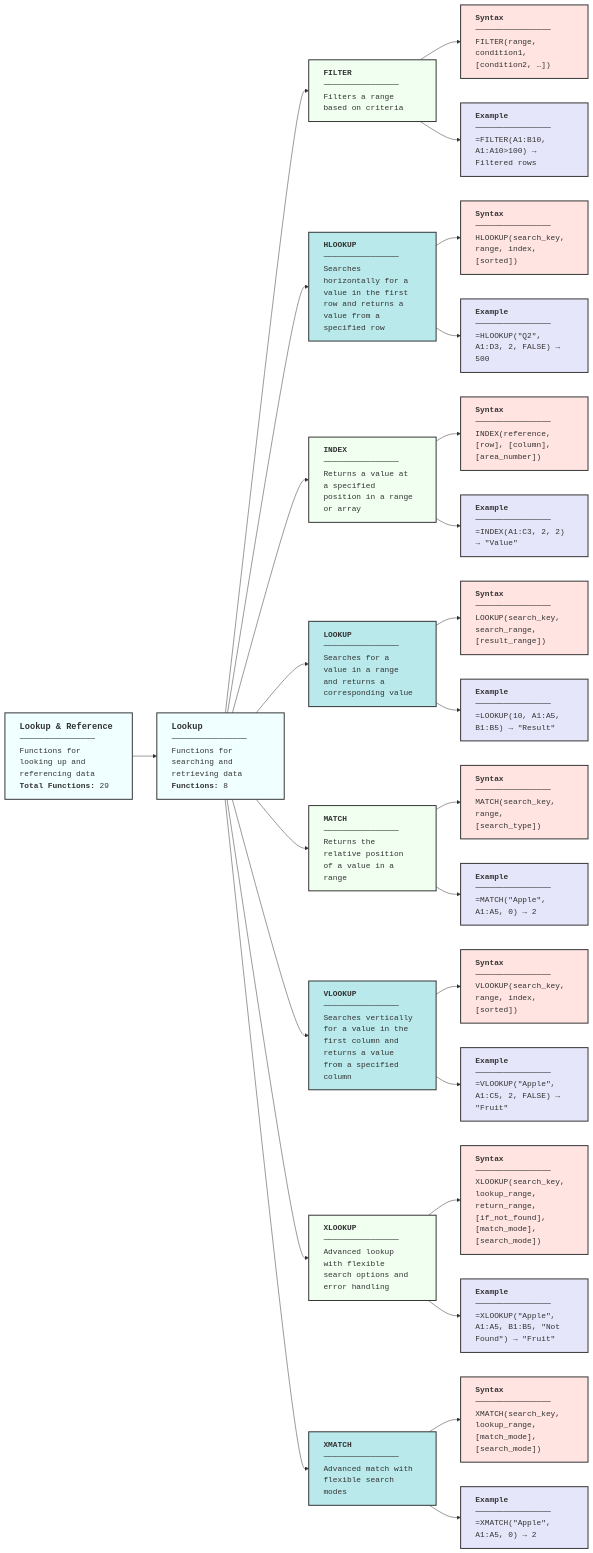
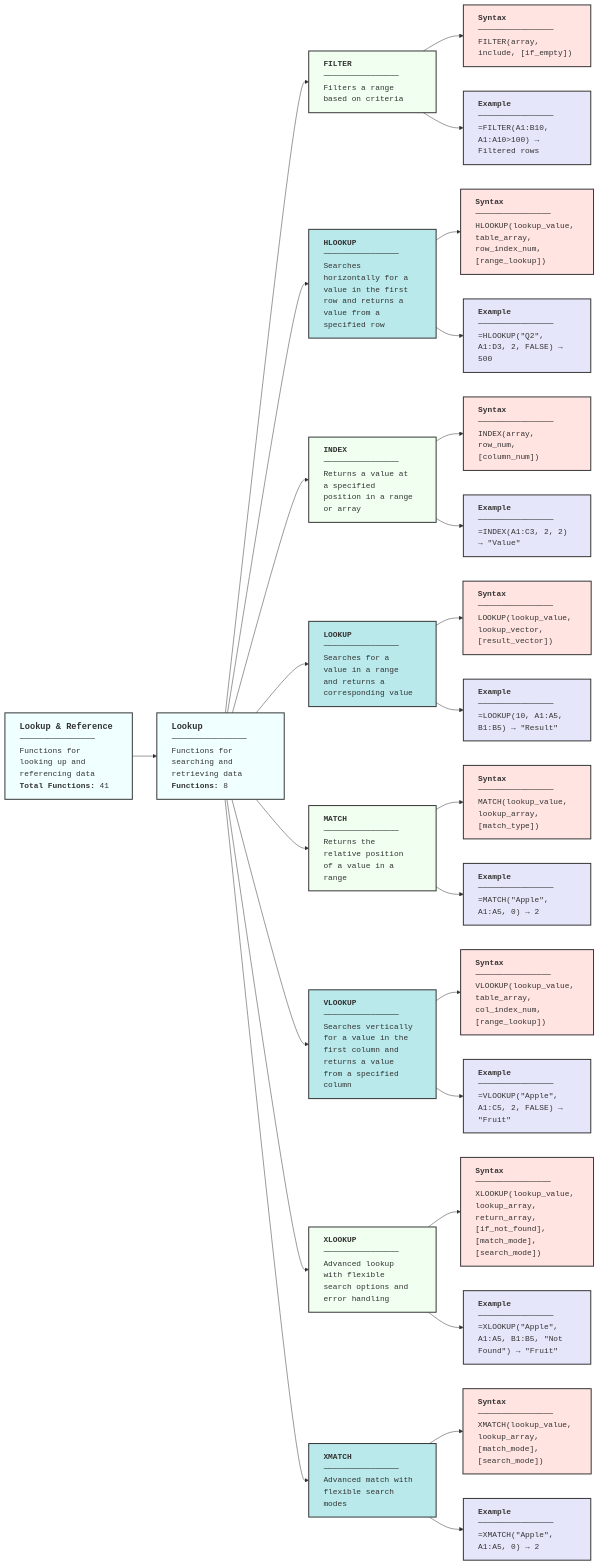
Before and after one commit to klappe-pm/Spreadsheet-Functions: the diagram in Diagrams/Functions-Lookups.md, drawn with Mermaid. The commit also changed other lines of this file and 29 other files, not shown here.

First line of the commit message:
Review Text, Lookup and Google-specific diagrams and rebuild the diagram index

````diff
--- a/Diagrams/Functions-Lookups.md
+++ b/Diagrams/Functions-Lookups.md
@@ -20,79 +36,79 @@
 ```mermaid
 
 graph LR
-    LookupRef["<div align='left' style='font-family: MonoLisa, monospace;'><b style='font-size: 1.1em;'>Lookup & Reference</b><br/>────────────────<br/>Functions for looking up and referencing data<br/><b>Total Functions:</b> 29</div>"]
+    LookupRef["<div align='left' style='font-family: MonoLisa, monospace;'><b style='font-size: 1.1em;'>Lookup & Reference</b><br/>────────────────<br/>Functions for looking up and referencing data<br/><b>Total Functions:</b> 41</div>"]
     
     LookupRef --> Lookup["<div align='left' style='font-family: MonoLisa, monospace;'><b style='font-size: 1.1em;'>Lookup</b><br/>────────────────<br/>Functions for searching and retrieving data<br/><b>Functions:</b> 8</div>"]
     
     %% Lookup functions (8 total)
     %% FILTER - Function 1
     Lookup --> FILTER["<div align='left' style='font-family: MonoLisa, monospace;'><b>FILTER</b><br/>────────────────<br/>Filters a range based on criteria</div>"]
-    FILTER --> FILTERSYNTAX["<div align='left' style='font-family: MonoLisa, monospace;'><b>Syntax</b><br/>────────────────<br/>FILTER(range, condition1, [condition2, …])</div>"]
+    FILTER --> FILTERSYNTAX["<div align='left' style='font-family: MonoLisa, monospace;'><b>Syntax</b><br/>────────────────<br/>FILTER(array, include, [if_empty])</div>"]
     FILTER --> FILTEREXAMPLE["<div align='left' style='font-family: MonoLisa, monospace;'><b>Example</b><br/>────────────────<br/>=FILTER(A1:B10, A1:A10&gt;100) → Filtered rows</div>"]
     
     %% HLOOKUP - Function 2
     Lookup --> HLOOKUP["<div align='left' style='font-family: MonoLisa, monospace;'><b>HLOOKUP</b><br/>────────────────<br/>Searches horizontally for a value in the first row and returns a value from a specified row</div>"]
-    HLOOKUP --> HLOOKUPSYNTAX["<div align='left' style='font-family: MonoLisa, monospace;'><b>Syntax</b><br/>────────────────<br/>HLOOKUP(search_key, range, index, [sorted])</div>"]
+    HLOOKUP --> HLOOKUPSYNTAX["<div align='left' style='font-family: MonoLisa, monospace;'><b>Syntax</b><br/>────────────────<br/>HLOOKUP(lookup_value, table_array, row_index_num, [range_lookup])</div>"]
     HLOOKUP --> HLOOKUPEXAMPLE["<div align='left' style='font-family: MonoLisa, monospace;'><b>Example</b><br/>────────────────<br/>=HLOOKUP(&quot;Q2&quot;, A1:D3, 2, FALSE) → 500</div>"]
     
     %% INDEX - Function 3
     Lookup --> INDEX["<div align='left' style='font-family: MonoLisa, monospace;'><b>INDEX</b><br/>────────────────<br/>Returns a value at a specified position in a range or array</div>"]
-    INDEX --> INDEXSYNTAX["<div align='left' style='font-family: MonoLisa, monospace;'><b>Syntax</b><br/>────────────────<br/>INDEX(reference, [row], [column], [area_number])</div>"]
+    INDEX --> INDEXSYNTAX["<div align='left' style='font-family: MonoLisa, monospace;'><b>Syntax</b><br/>────────────────<br/>INDEX(array, row_num, [column_num])</div>"]
     INDEX --> INDEXEXAMPLE["<div align='left' style='font-family: MonoLisa, monospace;'><b>Example</b><br/>────────────────<br/>=INDEX(A1:C3, 2, 2) → &quot;Value&quot;</div>"]
     
     %% LOOKUP - Function 4
     Lookup --> LOOKUP["<div align='left' style='font-family: MonoLisa, monospace;'><b>LOOKUP</b><br/>────────────────<br/>Searches for a value in a range and returns a corresponding value</div>"]
-    LOOKUP --> LOOKUPSYNTAX["<div align='left' style='font-family: MonoLisa, monospace;'><b>Syntax</b><br/>────────────────<br/>LOOKUP(search_key, search_range, [result_range])</div>"]
+    LOOKUP --> LOOKUPSYNTAX["<div align='left' style='font-family: MonoLisa, monospace;'><b>Syntax</b><br/>────────────────<br/>LOOKUP(lookup_value, lookup_vector, [result_vector])</div>"]
     LOOKUP --> LOOKUPEXAMPLE["<div align='left' style='font-family: MonoLisa, monospace;'><b>Example</b><br/>────────────────<br/>=LOOKUP(10, A1:A5, B1:B5) → &quot;Result&quot;</div>"]
     
     %% MATCH - Function 5
     Lookup --> MATCH["<div align='left' style='font-family: MonoLisa, monospace;'><b>MATCH</b><br/>────────────────<br/>Returns the relative position of a value in a range</div>"]
-    MATCH --> MATCHSYNTAX["<div align='left' style='font-family: MonoLisa, monospace;'><b>Syntax</b><br/>────────────────<br/>MATCH(search_key, range, [search_type])</div>"]
+    MATCH --> MATCHSYNTAX["<div align='left' style='font-family: MonoLisa, monospace;'><b>Syntax</b><br/>────────────────<br/>MATCH(lookup_value, lookup_array, [match_type])</div>"]
     MATCH --> MATCHEXAMPLE["<div align='left' style='font-family: MonoLisa, monospace;'><b>Example</b><br/>────────────────<br/>=MATCH(&quot;Apple&quot;, A1:A5, 0) → 2</div>"]
     
     %% VLOOKUP - Function 6
     Lookup --> VLOOKUP["<div align='left' style='font-family: MonoLisa, monospace;'><b>VLOOKUP</b><br/>────────────────<br/>Searches vertically for a value in the first column and returns a value from a specified column</div>"]
-    VLOOKUP --> VLOOKUPSYNTAX["<div align='left' style='font-family: MonoLisa, monospace;'><b>Syntax</b><br/>────────────────<br/>VLOOKUP(search_key, range, index, [sorted])</div>"]
+    VLOOKUP --> VLOOKUPSYNTAX["<div align='left' style='font-family: MonoLisa, monospace;'><b>Syntax</b><br/>────────────────<br/>VLOOKUP(lookup_value, table_array, col_index_num, [range_lookup])</div>"]
     VLOOKUP --> VLOOKUPEXAMPLE["<div align='left' style='font-family: MonoLisa, monospace;'><b>Example</b><br/>────────────────<br/>=VLOOKUP(&quot;Apple&quot;, A1:C5, 2, FALSE) → &quot;Fruit&quot;</div>"]
     
     %% XLOOKUP - Function 7
     Lookup --> XLOOKUP["<div align='left' style='font-family: MonoLisa, monospace;'><b>XLOOKUP</b><br/>────────────────<br/>Advanced lookup with flexible search options and error handling</div>"]
-    XLOOKUP --> XLOOKUPSYNTAX["<div align='left' style='font-family: MonoLisa, monospace;'><b>Syntax</b><br/>────────────────<br/>XLOOKUP(search_key, lookup_range, return_range, [if_not_found], [match_mode], [search_mode])</div>"]
+    XLOOKUP --> XLOOKUPSYNTAX["<div align='left' style='font-family: MonoLisa, monospace;'><b>Syntax</b><br/>────────────────<br/>XLOOKUP(lookup_value, lookup_array, return_array, [if_not_found], [match_mode], [search_mode])</div>"]
     XLOOKUP --> XLOOKUPEXAMPLE["<div align='left' style='font-family: MonoLisa, monospace;'><b>Example</b><br/>────────────────<br/>=XLOOKUP(&quot;Apple&quot;, A1:A5, B1:B5, &quot;Not Found&quot;) → &quot;Fruit&quot;</div>"]
     
     %% XMATCH - Function 8
     Lookup --> XMATCH["<div align='left' style='font-family: MonoLisa, monospace;'><b>XMATCH</b><br/>────────────────<br/>Advanced match with flexible search modes</div>"]
-    XMATCH --> XMATCHSYNTAX["<div align='left' style='font-family: MonoLisa, monospace;'><b>Syntax</b><br/>────────────────<br/>XMATCH(search_key, lookup_range, [match_mode], [search_mode])</div>"]
+    XMATCH --> XMATCHSYNTAX["<div align='left' style='font-family: MonoLisa, monospace;'><b>Syntax</b><br/>────────────────<br/>XMATCH(lookup_value, lookup_array, [match_mode], [search_mode])</div>"]
     XMATCH --> XMATCHEXAMPLE["<div align='left' style='font-family: MonoLisa, monospace;'><b>Example</b><br/>────────────────<br/>=XMATCH(&quot;Apple&quot;, A1:A5, 0) → 2</div>"]
     
     %% Styling
     style LookupRef fill:#F0FFFF,stroke:#333,stroke-width:2px
     style Lookup fill:#F0FFFF,stroke:#333,stroke-width:2px
     %% Functions alternate colors
     style FILTER fill:#F0FFF0,stroke:#333,stroke-width:2px
     style HLOOKUP fill:#B9E9EB,stroke:#333,stroke-width:2px
     style INDEX fill:#F0FFF0,stroke:#333,stroke-width:2px
     style LOOKUP fill:#B9E9EB,stroke:#333,stroke-width:2px
     style MATCH fill:#F0FFF0,stroke:#333,stroke-width:2px
     style VLOOKUP fill:#B9E9EB,stroke:#333,stroke-width:2px
     style XLOOKUP fill:#F0FFF0,stroke:#333,stroke-width:2px
     style XMATCH fill:#B9E9EB,stroke:#333,stroke-width:2px
     %% All syntax nodes - pink
     style FILTERSYNTAX fill:#FFE4E1,stroke:#333,stroke-width:2px
     style HLOOKUPSYNTAX fill:#FFE4E1,stroke:#333,stroke-width:2px
     style INDEXSYNTAX fill:#FFE4E1,stroke:#333,stroke-width:2px
     style LOOKUPSYNTAX fill:#FFE4E1,stroke:#333,stroke-width:2px
     style MATCHSYNTAX fill:#FFE4E1,stroke:#333,stroke-width:2px
     style VLOOKUPSYNTAX fill:#FFE4E1,stroke:#333,stroke-width:2px
     style XLOOKUPSYNTAX fill:#FFE4E1,stroke:#333,stroke-width:2px
     style XMATCHSYNTAX fill:#FFE4E1,stroke:#333,stroke-width:2px
     %% All example nodes - lavender
     style FILTEREXAMPLE fill:#E6E6FA,stroke:#333,stroke-width:2px
     style HLOOKUPEXAMPLE fill:#E6E6FA,stroke:#333,stroke-width:2px
     style INDEXEXAMPLE fill:#E6E6FA,stroke:#333,stroke-width:2px
     style LOOKUPEXAMPLE fill:#E6E6FA,stroke:#333,stroke-width:2px
     style MATCHEXAMPLE fill:#E6E6FA,stroke:#333,stroke-width:2px
     style VLOOKUPEXAMPLE fill:#E6E6FA,stroke:#333,stroke-width:2px
     style XLOOKUPEXAMPLE fill:#E6E6FA,stroke:#333,stroke-width:2px
     style XMATCHEXAMPLE fill:#E6E6FA,stroke:#333,stroke-width:2px
 ```
````
